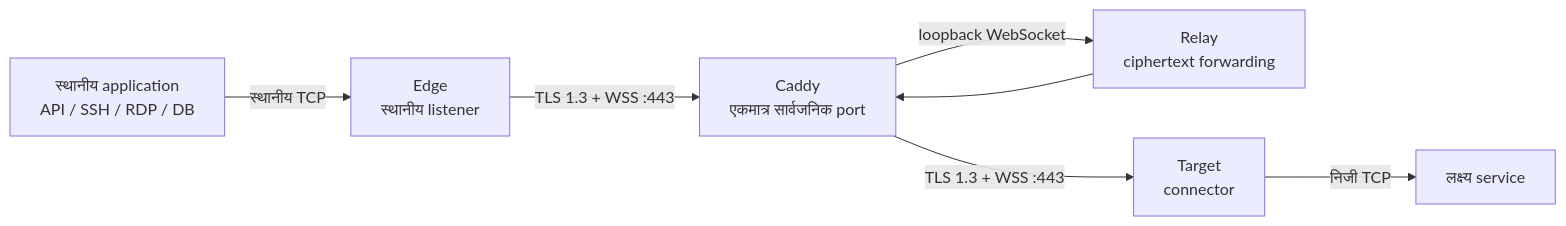
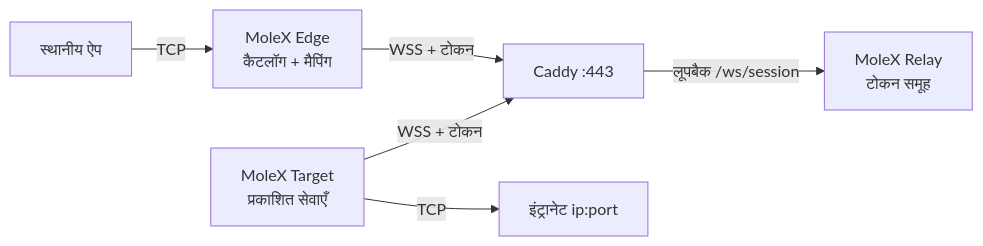
Before and after one commit to suifei/molex: the diagram in docs/user-guide.hi.md, drawn with Mermaid. The commit also changed other lines of this file and 71 other files, not shown here.

First line of the commit message:
Release MoleX v0.4.0 with the v2 token-group architecture.

````diff
--- a/docs/user-guide.hi.md
+++ b/docs/user-guide.hi.md
@@ -15,9 +31,8 @@
 ```mermaid
 flowchart LR
-    A["स्थानीय application\nAPI / SSH / RDP / DB"] -->|स्थानीय TCP| E["Edge\nस्थानीय listener"]
-    E -->|"TLS 1.3 + WSS :443"| C["Caddy\nएकमात्र सार्वजनिक port"]
-    C -->|loopback WebSocket| R["Relay\nciphertext forwarding"]
-    R --> C
-    C -->|"TLS 1.3 + WSS :443"| T["Target\nconnector"]
-    T -->|निजी TCP| S[लक्ष्य service]
+    App["स्थानीय ऐप"] -->|"TCP"| Edge["MoleX Edge\nकैटलॉग + मैपिंग"]
+    Edge -->|"WSS + टोकन"| Caddy["Caddy :443"]
+    Caddy -->|"लूपबैक /ws/session"| Relay["MoleX Relay\nटोकन समूह"]
+    Target["MoleX Target\nप्रकाशित सेवाएँ"] -->|"WSS + टोकन"| Caddy
+    Target -->|"TCP"| Service["इंट्रानेट ip:port"]
 ```
````
